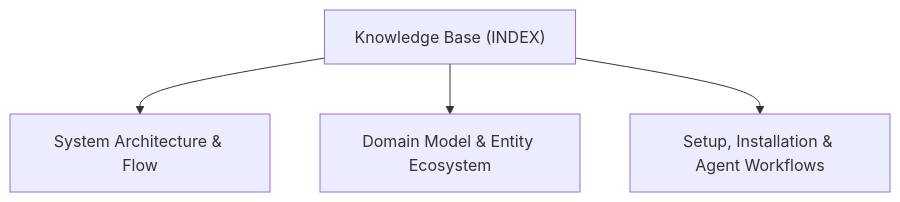
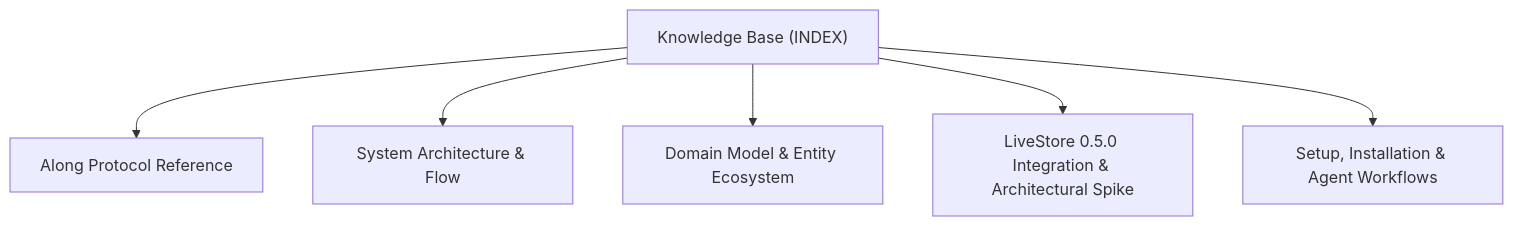
One commit to actdim/livestruct changed the diagram in docs/INDEX.md. Above: the diagram before and after it, drawn with Mermaid. The commit also changed other lines of this file and 44 other files, not shown here.

Commit message:
spike(livestruct): prove LiveStore integration details before engine rewrite (refs #livestore-integration)

````diff
--- a/docs/INDEX.md
+++ b/docs/INDEX.md
@@ -17,10 +17,14 @@
 ```mermaid
 flowchart TD
     INDEX["Knowledge Base (INDEX)"]
+    T_ALONG_PROTOCOL["Along Protocol Reference"]
+    INDEX --> T_ALONG_PROTOCOL
     T_ARCHITECTURE["System Architecture & Flow"]
     INDEX --> T_ARCHITECTURE
     T_DOMAIN_MODEL["Domain Model & Entity Ecosystem"]
     INDEX --> T_DOMAIN_MODEL
+    T_LIVESTORE_INTEGRATION["LiveStore 0.5.0 Integration & Architectural Spike"]
+    INDEX --> T_LIVESTORE_INTEGRATION
     T_SETUP_AND_WORKFLOW["Setup, Installation & Agent Workflows"]
     INDEX --> T_SETUP_AND_WORKFLOW
 ```
````
